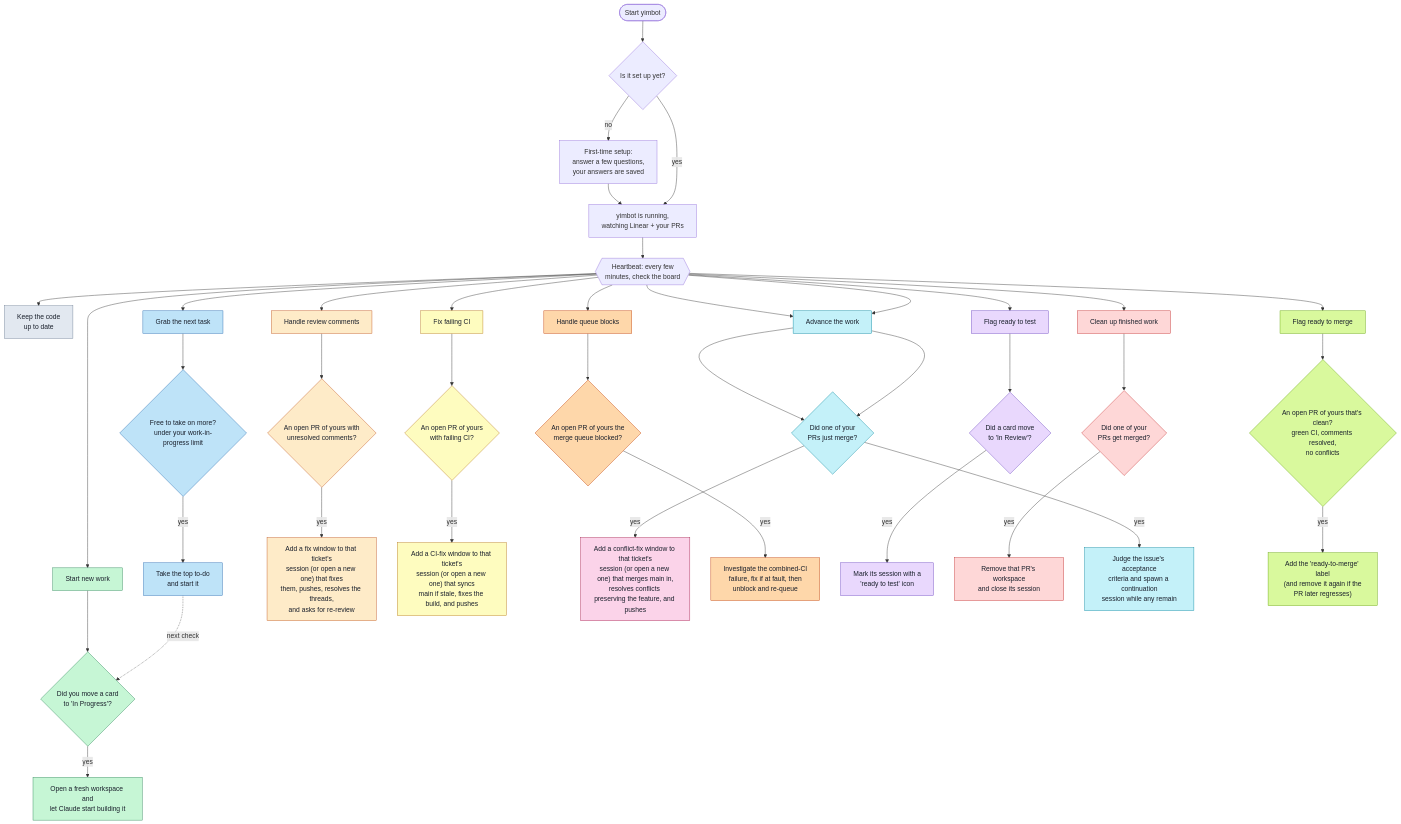
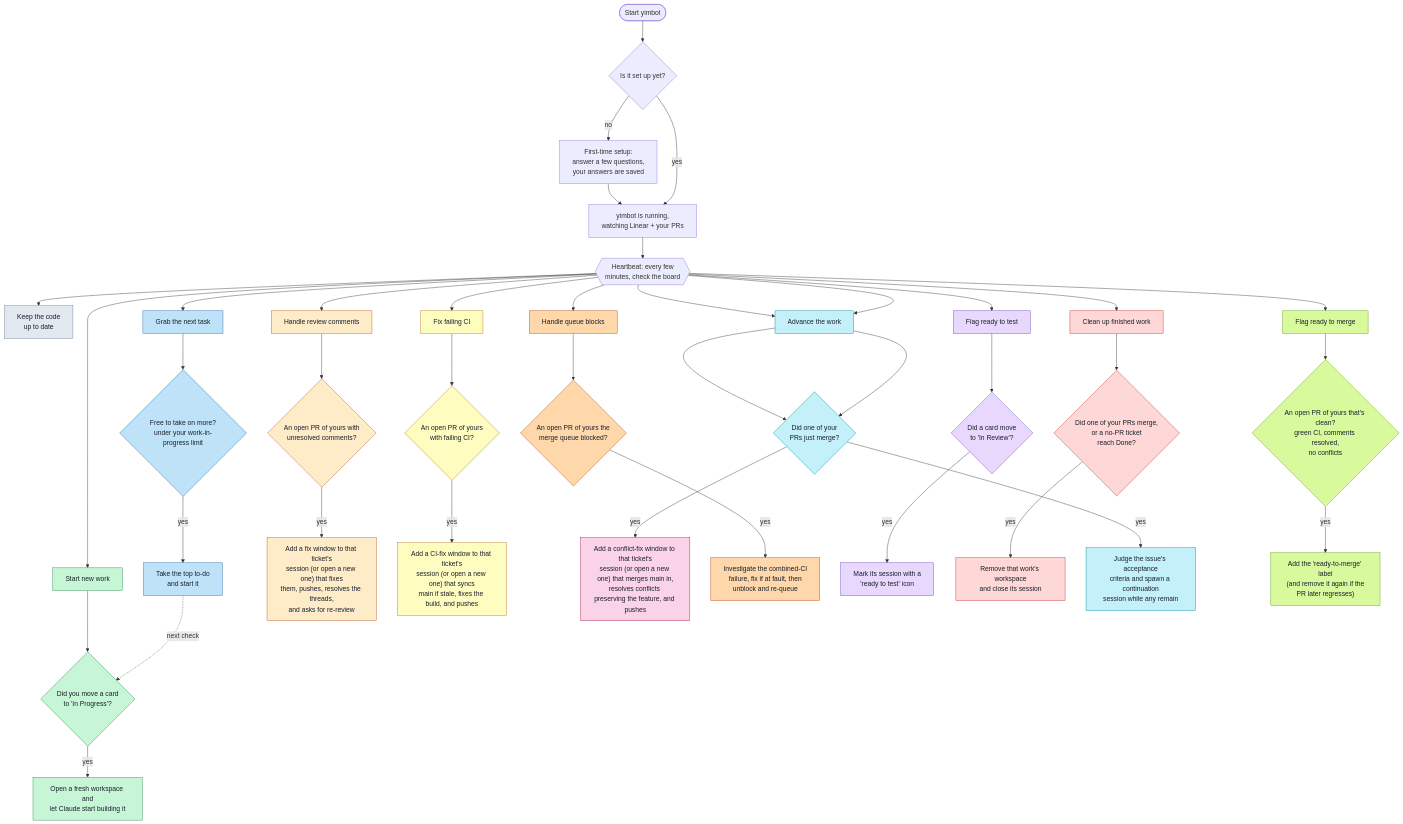
The diagram in README.md (YiminArava4508/yimbot), drawn with Mermaid before and after one commit. The commit also changed other lines of this file and 10 other files, not shown here.

````diff
--- a/README.md
+++ b/README.md
@@ -24,75 +24,75 @@
 ```mermaid
 flowchart TD
     A(["Start yimbot"]) --> B{"Is it set up yet?"}
     B -- no --> W["First-time setup:<br/>answer a few questions,<br/>your answers are saved"]
     W --> C["yimbot is running,<br/>watching Linear + your PRs"]
     B -- yes --> C
 
     C --> P{{"Heartbeat: every few<br/>minutes, check the board"}}
 
     P --> S["Keep the code<br/>up to date"]
 
     P --> G1["Start new work"]
     G1 --> T1{"Did you move a card<br/>to 'In Progress'?"}
     T1 -- yes --> L["Open a fresh workspace and<br/>let Claude start building it"]
 
     P --> G2["Grab the next task"]
     G2 --> PK{"Free to take on more?<br/>under your work-in-progress limit"}
     PK -- yes --> M["Take the top to-do<br/>and start it"]
     M -.->|next check| T1
 
     P --> G3["Handle review comments"]
     G3 --> T2{"An open PR of yours with<br/>unresolved comments?"}
     T2 -- yes --> R["Add a fix window to that ticket's<br/>session (or open a new one) that fixes<br/>them, pushes, resolves the threads,<br/>and asks for re-review"]
 
     P --> G6["Fix failing CI"]
     G6 --> T5{"An open PR of yours<br/>with failing CI?"}
     T5 -- yes --> CI["Add a CI-fix window to that ticket's<br/>session (or open a new one) that syncs<br/>main if stale, fixes the build, and pushes"]
 
     P --> G7["Fix merge conflicts"]
     G7 --> T6{"An open PR of yours<br/>conflicting with main?"}
     T6 -- yes --> CF["Add a conflict-fix window to that ticket's<br/>session (or open a new one) that merges main in,<br/>resolves conflicts preserving the feature, and pushes"]
 
     P --> G9["Handle queue blocks"]
     G9 --> T8{"An open PR of yours the<br/>merge queue blocked?"}
     T8 -- yes --> BL["Investigate the combined-CI<br/>failure, fix if at fault, then<br/>unblock and re-queue"]
 
     P --> G4["Flag ready to test"]
     G4 --> T3{"Did a card move<br/>to 'In Review'?"}
     T3 -- yes --> F["Mark its session with a<br/>'ready to test' icon"]
 
     P --> G5["Clean up finished work"]
-    G5 --> T4{"Did one of your<br/>PRs get merged?"}
-    T4 -- yes --> CU["Remove that PR's workspace<br/>and close its session"]
+    G5 --> T4{"Did one of your PRs merge,<br/>or a no-PR ticket<br/>reach Done?"}
+    T4 -- yes --> CU["Remove that work's workspace<br/>and close its session"]
 
     P --> G7["Advance the work"]
     G7 --> T6{"Did one of your<br/>PRs just merge?"}
     T6 -- yes --> AD["Judge the issue's acceptance<br/>criteria and spawn a continuation<br/>session while any remain"]
 
     P --> G8["Flag ready to merge"]
     G8 --> T7{"An open PR of yours that's clean?<br/>green CI, comments resolved,<br/>no conflicts"}
     T7 -- yes --> RM["Add the 'ready-to-merge' label<br/>(and remove it again if the<br/>PR later regresses)"]
 
     classDef deploy fill:#c6f6d5,stroke:#2f855a,color:#1a202c;
     classDef claim fill:#bee3f8,stroke:#2b6cb0,color:#1a202c;
     classDef review fill:#feebc8,stroke:#c05621,color:#1a202c;
     classDef ready fill:#e9d8fd,stroke:#6b46c1,color:#1a202c;
     classDef cleanup fill:#fed7d7,stroke:#c53030,color:#1a202c;
     classDef ci fill:#fefcbf,stroke:#b7791f,color:#1a202c;
     classDef conflict fill:#fbd3e9,stroke:#a61e4d,color:#1a202c;
     classDef sync fill:#e2e8f0,stroke:#718096,color:#1a202c;
     classDef advance fill:#c4f1f9,stroke:#0987a0,color:#1a202c;
     classDef readymerge fill:#d9f99d,stroke:#65a30d,color:#1a202c;
     classDef blocked fill:#fed7aa,stroke:#c2410c,color:#1a202c;
     class G1,T1,L deploy;
     class G2,PK,M claim;
     class G3,T2,R review;
     class G6,T5,CI ci;
     class G7,T6,CF conflict;
     class G9,T8,BL blocked;
     class G4,T3,F ready;
     class G5,T4,CU cleanup;
     class S sync;
     class G7,T6,AD advance;
     class G8,T7,RM readymerge;
 ```
````
